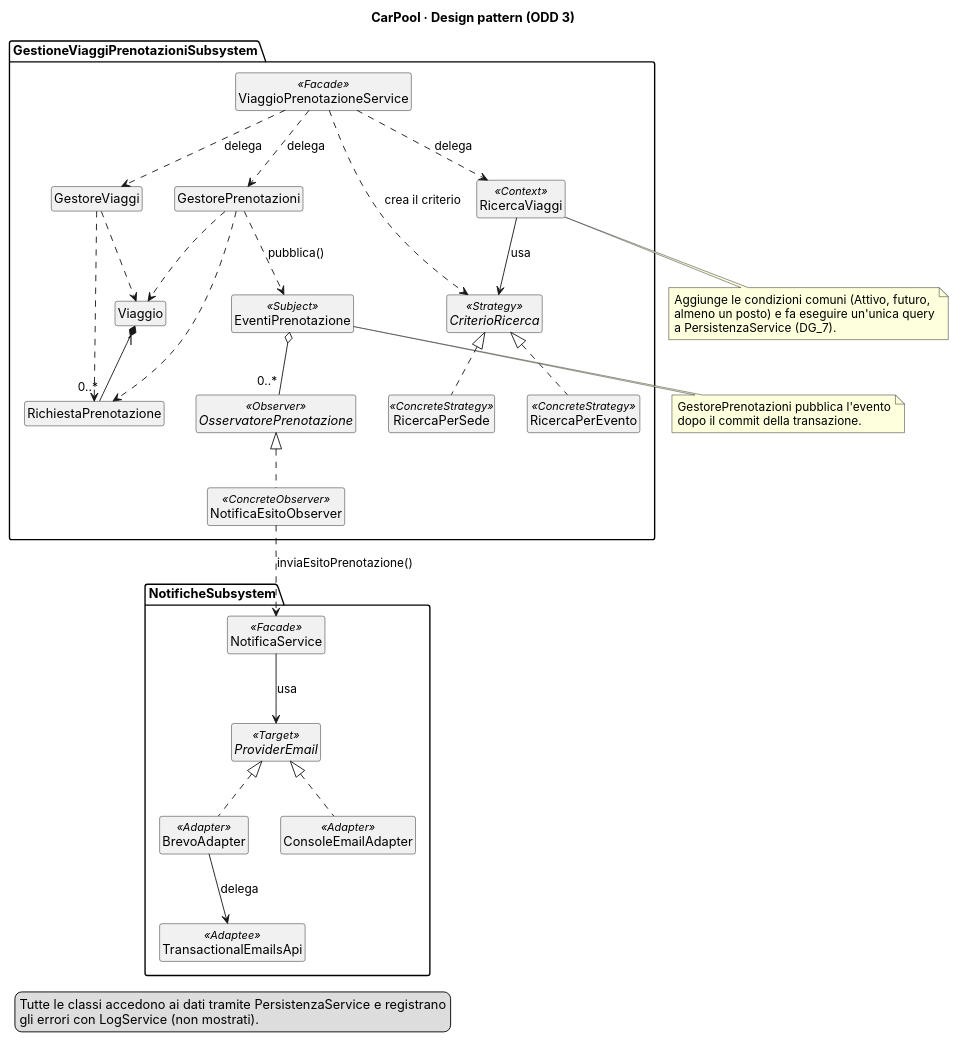
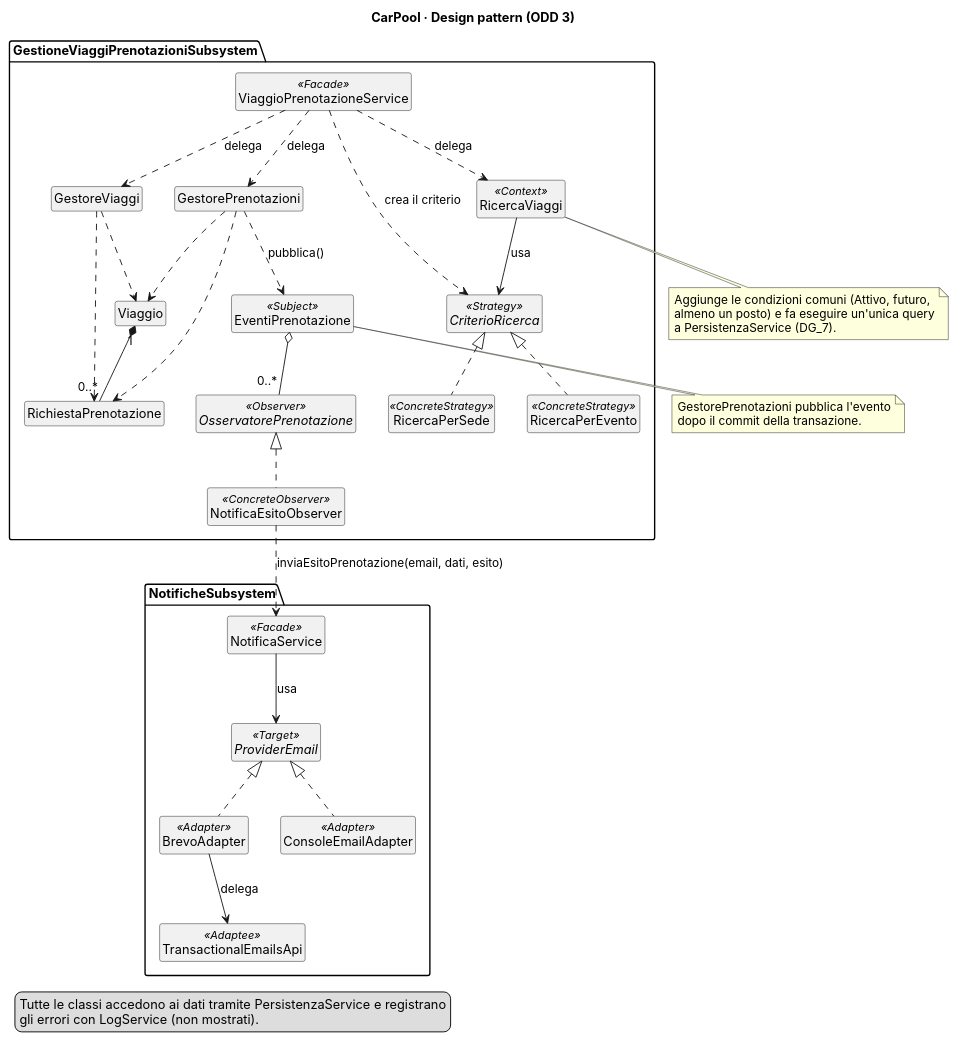
The diagram in docs/odd/CD_ODD_pattern.puml (CarPool-C03/CarPool), drawn with PlantUML before and after one commit. The commit also changed 5 other files, not shown here.

```diff
--- a/docs/odd/CD_ODD_pattern.puml
+++ b/docs/odd/CD_ODD_pattern.puml
@@ -1,68 +1,68 @@
 @startuml ODD_CD_Pattern
 ' CarPool · ODD Sez. 3 — Dettaglio di GestioneViaggiPrenotazioniSubsystem e NotificheSubsystem
 ' Trascrizione della figura di C03_ODD_V_0.1.0. Va controllata dagli autori dell'ODD.
 skinparam shadowing false
 skinparam defaultFontName Inter
 skinparam classAttributeIconSize 0
 hide circle
 hide empty members
 title CarPool · Design pattern (ODD 3)
 
 package "GestioneViaggiPrenotazioniSubsystem" {
   class ViaggioPrenotazioneService <<Facade>>
   class GestoreViaggi
   class GestorePrenotazioni
   class RicercaViaggi <<Context>>
   class Viaggio
   class RichiestaPrenotazione
   class EventiPrenotazione <<Subject>>
   interface OsservatorePrenotazione <<Observer>>
   class NotificaEsitoObserver <<ConcreteObserver>>
   interface CriterioRicerca <<Strategy>>
   class RicercaPerSede <<ConcreteStrategy>>
   class RicercaPerEvento <<ConcreteStrategy>>
 }
 
 package "NotificheSubsystem" {
   class NotificaService <<Facade>>
   interface ProviderEmail <<Target>>
   class BrevoAdapter <<Adapter>>
   class ConsoleEmailAdapter <<Adapter>>
   class TransactionalEmailsApi <<Adaptee>>
 }
 
 ViaggioPrenotazioneService ..> GestoreViaggi : delega
 ViaggioPrenotazioneService ..> GestorePrenotazioni : delega
 ViaggioPrenotazioneService ..> RicercaViaggi : delega
 ViaggioPrenotazioneService ..> CriterioRicerca : crea il criterio
 GestoreViaggi ..> Viaggio
 GestoreViaggi ..> RichiestaPrenotazione
 GestorePrenotazioni ..> Viaggio
 GestorePrenotazioni ..> RichiestaPrenotazione
 Viaggio "1" *-- "0..*" RichiestaPrenotazione
 GestorePrenotazioni ..> EventiPrenotazione : pubblica()
 EventiPrenotazione o-- "0..*" OsservatorePrenotazione
 OsservatorePrenotazione <|.. NotificaEsitoObserver
 RicercaViaggi --> CriterioRicerca : usa
 CriterioRicerca <|.. RicercaPerSede
 CriterioRicerca <|.. RicercaPerEvento
-NotificaEsitoObserver ..> NotificaService : inviaEsitoPrenotazione()
+NotificaEsitoObserver ..> NotificaService : inviaEsitoPrenotazione(email, dati, esito)
 NotificaService --> ProviderEmail : usa
 ProviderEmail <|.. BrevoAdapter
 ProviderEmail <|.. ConsoleEmailAdapter
 BrevoAdapter --> TransactionalEmailsApi : delega
 
 note bottom of RicercaViaggi
   Aggiunge le condizioni comuni (Attivo, futuro,
   almeno un posto) e fa eseguire un'unica query
   a PersistenzaService (DG_7).
 end note
 note bottom of EventiPrenotazione
   GestorePrenotazioni pubblica l'evento
   dopo il commit della transazione.
 end note
 legend bottom left
   Tutte le classi accedono ai dati tramite PersistenzaService e registrano
   gli errori con LogService (non mostrati).
 endlegend
 @enduml
```
